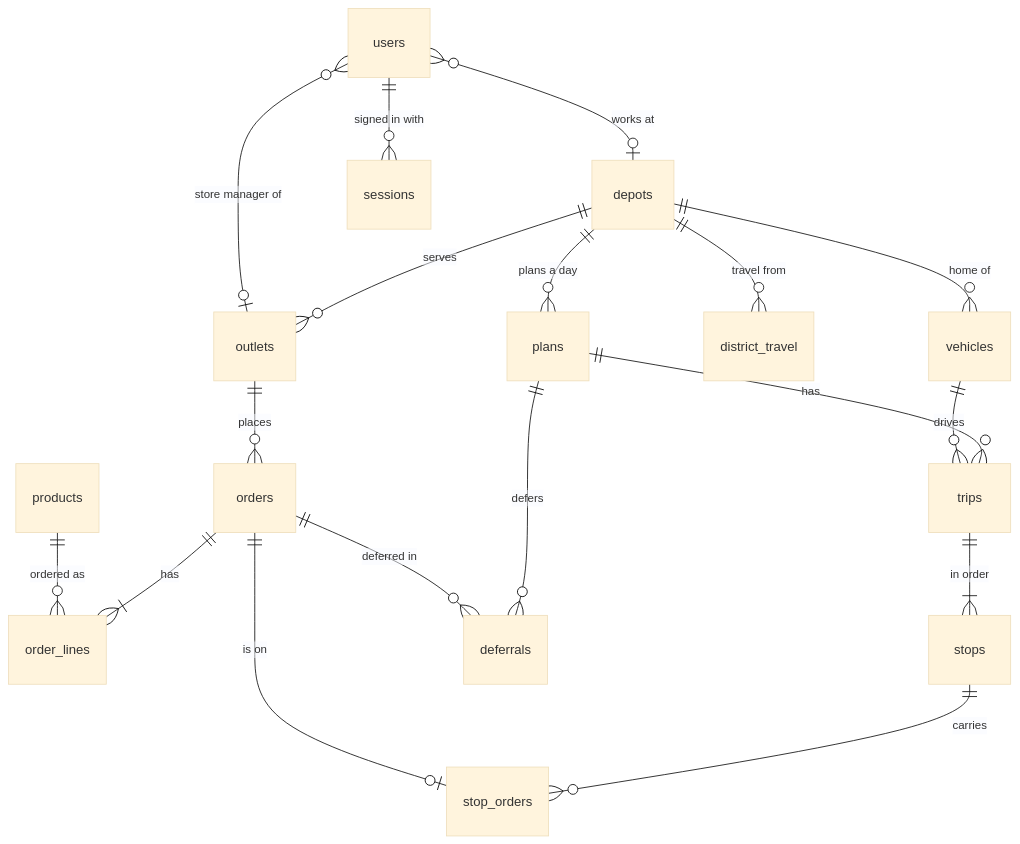
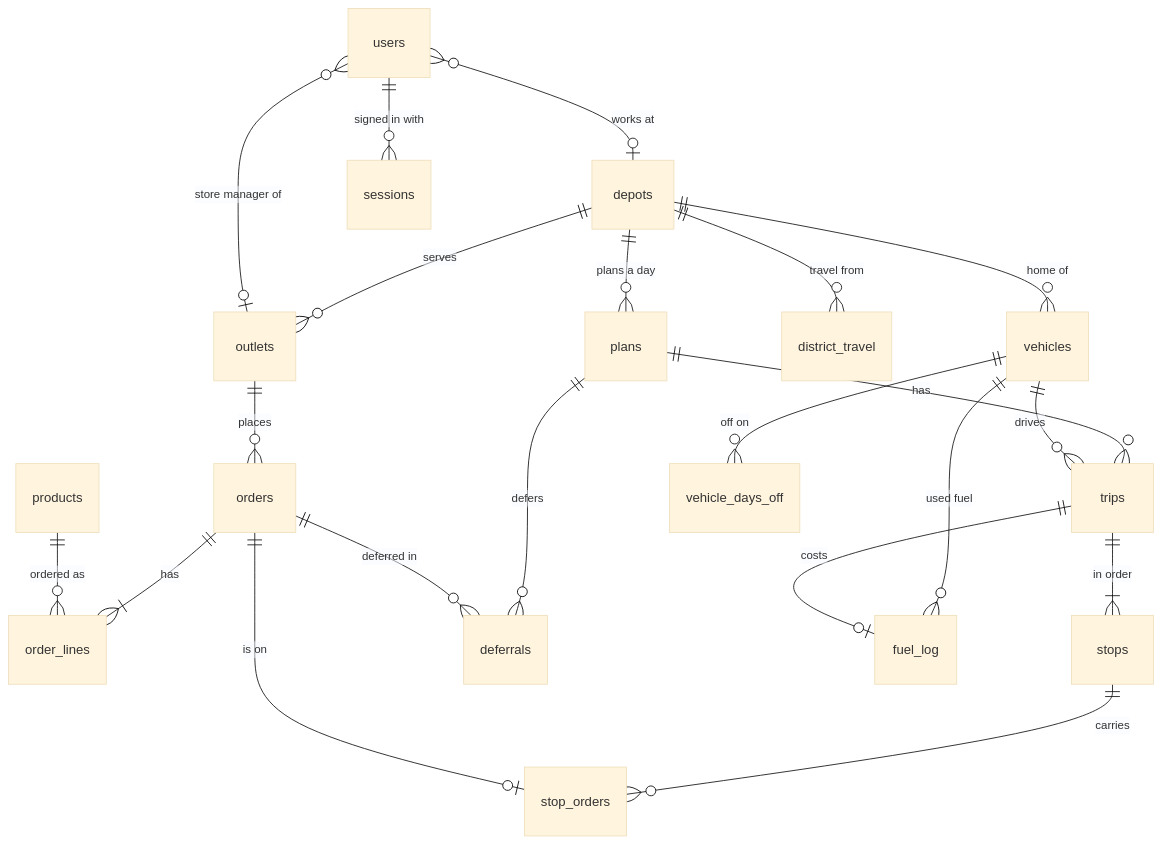
Before and after one commit to nabil11111/Vectorious_Wayfinder: the diagram in docs/data-model.md, drawn with Mermaid (base theme). The commit also changed other lines of this file, not shown here.

Commit message:
add the demo day tables to the data model

````diff
--- a/docs/data-model.md
+++ b/docs/data-model.md
@@ -6,20 +6,23 @@
 ```mermaid
 erDiagram
     depots ||--o{ outlets : serves
     depots ||--o{ vehicles : "home of"
     depots ||--o{ district_travel : "travel from"
     outlets ||--o{ orders : places
     orders ||--|{ order_lines : has
     products ||--o{ order_lines : "ordered as"
     users }o--o| outlets : "store manager of"
     users }o--o| depots : "works at"
     users ||--o{ sessions : "signed in with"
     depots ||--o{ plans : "plans a day"
     plans ||--o{ trips : has
     vehicles ||--o{ trips : drives
     trips ||--|{ stops : "in order"
     stops ||--o{ stop_orders : carries
     orders ||--o| stop_orders : "is on"
     plans ||--o{ deferrals : "defers"
     orders ||--o{ deferrals : "deferred in"
+    vehicles ||--o{ vehicle_days_off : "off on"
+    vehicles ||--o{ fuel_log : "used fuel"
+    trips ||--o| fuel_log : "costs"
 ```
````
